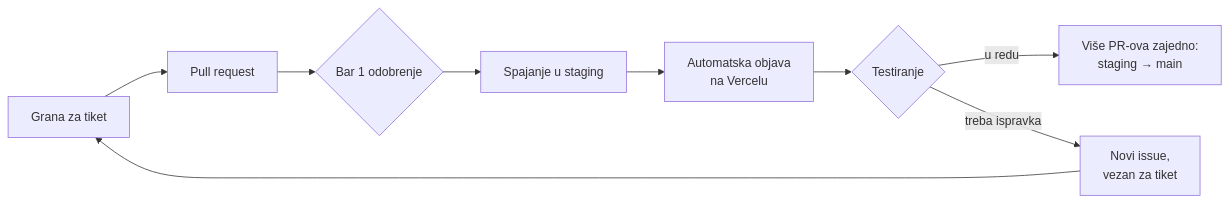
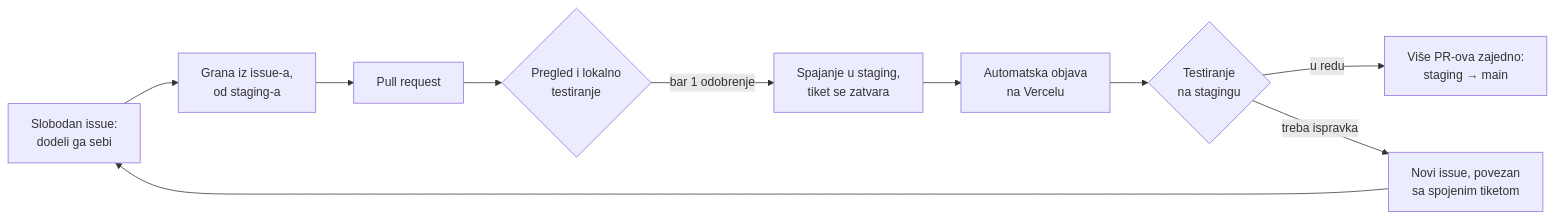
The diagram in CONTRIBUTING.md (ocistimo-novi-sad/ocistimo-novi-sad.github.io), drawn with Mermaid before and after one commit. The commit also changed other lines of this file and 1 other file, not shown here.

````diff
--- a/CONTRIBUTING.md
+++ b/CONTRIBUTING.md
@@ -5,11 +5,12 @@
 ```mermaid
 flowchart LR
-    A[Grana za tiket] --> B[Pull request]
-    B --> C{Bar 1 odobrenje}
-    C --> D[Spajanje u staging]
-    D --> E[Automatska objava<br/>na Vercelu]
-    E --> F{Testiranje}
-    F -- u redu --> G[Više PR-ova zajedno:<br/>staging → main]
-    F -- treba ispravka --> H[Novi issue,<br/>vezan za tiket]
-    H --> A
+    A[Slobodan issue:<br/>dodeli ga sebi] --> B[Grana iz issue-a,<br/>od staging-a]
+    B --> C[Pull request]
+    C --> D{Pregled i lokalno<br/>testiranje}
+    D -- bar 1 odobrenje --> E[Spajanje u staging,<br/>tiket se zatvara]
+    E --> F[Automatska objava<br/>na Vercelu]
+    F --> G{Testiranje<br/>na stagingu}
+    G -- u redu --> H[Više PR-ova zajedno:<br/>staging → main]
+    G -- treba ispravka --> I[Novi issue, povezan<br/>sa spojenim tiketom]
+    I --> A
 ```
````
